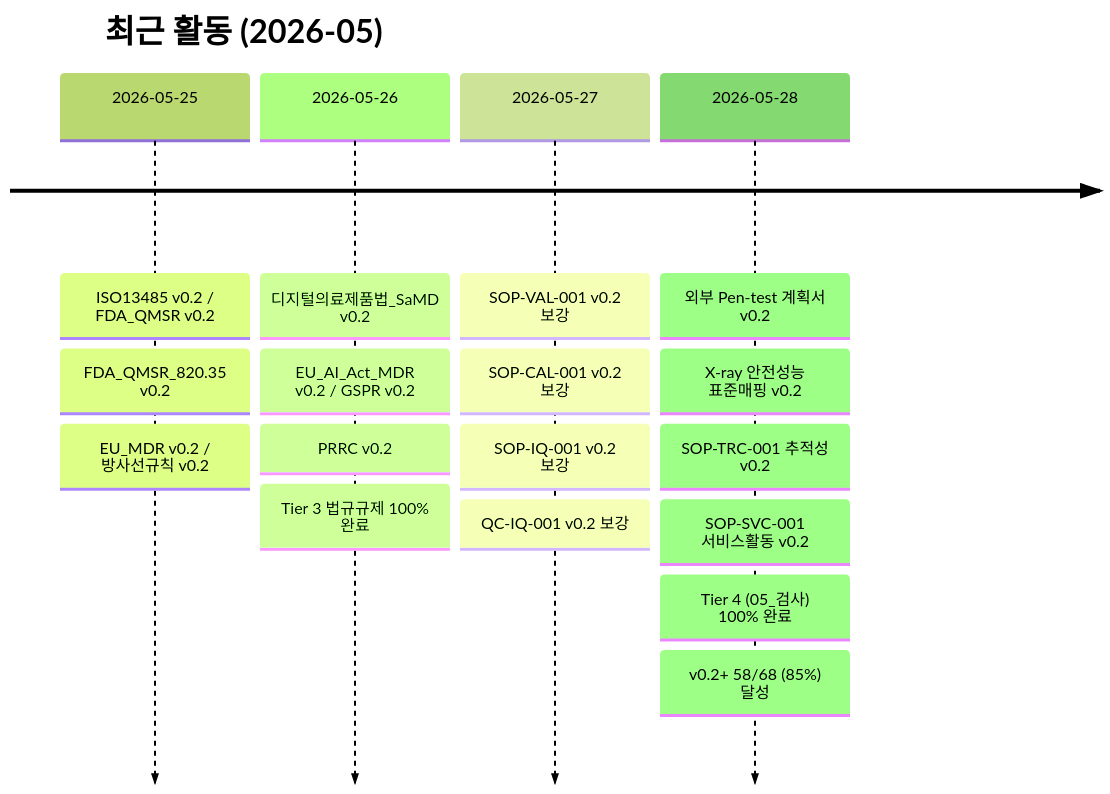
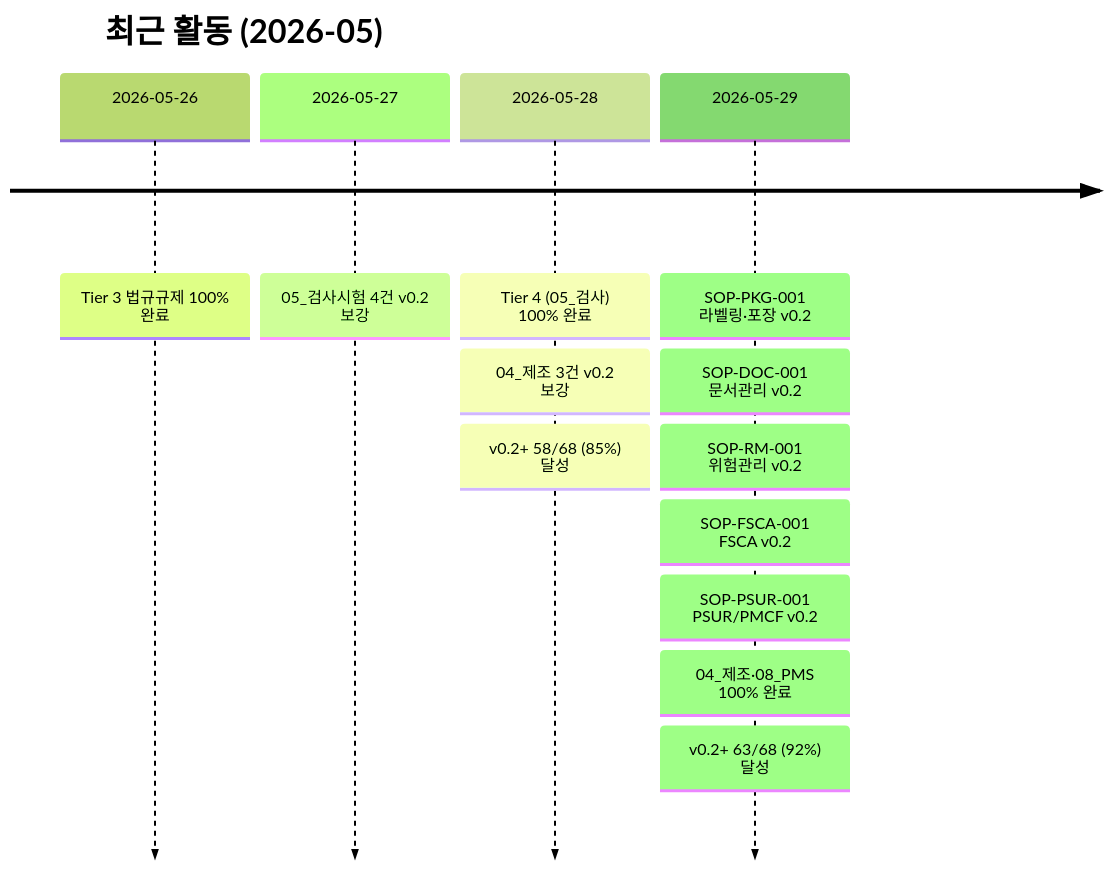
One commit to holee9/MD-process changed the third of 4 diagrams in README.md. Above: the diagram before and after it, drawn with Mermaid (forest theme). The commit also changed other lines of this file and 1 other file, not shown here.

Commit message:
chore(dashboard): docs/index.html 갱신 — v0.2+ 63/68 (92%)

````diff
--- a/README.md
+++ b/README.md
@@ -175,21 +175,16 @@
 ```mermaid
 timeline
     title 최근 활동 (2026-05)
-    2026-05-25 : ISO13485 v0.2 / FDA_QMSR v0.2
-               : FDA_QMSR_820.35 v0.2
-               : EU_MDR v0.2 / 방사선규칙 v0.2
-    2026-05-26 : 디지털의료제품법_SaMD v0.2
-               : EU_AI_Act_MDR v0.2 / GSPR v0.2
-               : PRRC v0.2
-               : Tier 3 법규규제 100% 완료
-    2026-05-27 : SOP-VAL-001 v0.2 보강
-               : SOP-CAL-001 v0.2 보강
-               : SOP-IQ-001 v0.2 보강
-               : QC-IQ-001 v0.2 보강
-    2026-05-28 : 외부 Pen-test 계획서 v0.2
-               : X-ray 안전성능 표준매핑 v0.2
-               : SOP-TRC-001 추적성 v0.2
-               : SOP-SVC-001 서비스활동 v0.2
-               : Tier 4 (05_검사) 100% 완료
+    2026-05-26 : Tier 3 법규규제 100% 완료
+    2026-05-27 : 05_검사시험 4건 v0.2 보강
+    2026-05-28 : Tier 4 (05_검사) 100% 완료
+               : 04_제조 3건 v0.2 보강
                : v0.2+ 58/68 (85%) 달성
+    2026-05-29 : SOP-PKG-001 라벨링·포장 v0.2
+               : SOP-DOC-001 문서관리 v0.2
+               : SOP-RM-001 위험관리 v0.2
+               : SOP-FSCA-001 FSCA v0.2
+               : SOP-PSUR-001 PSUR/PMCF v0.2
+               : 04_제조·08_PMS 100% 완료
+               : v0.2+ 63/68 (92%) 달성
 ```
````
